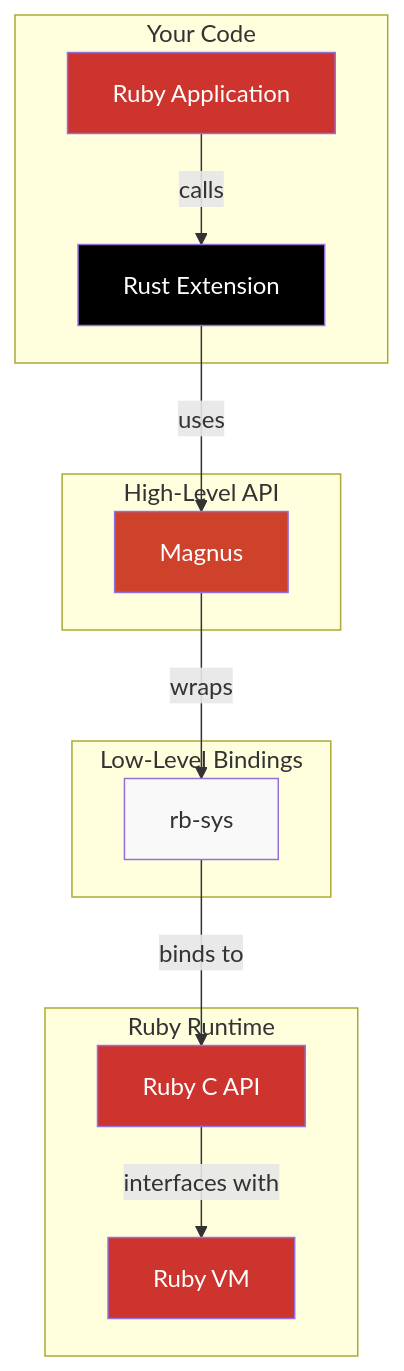
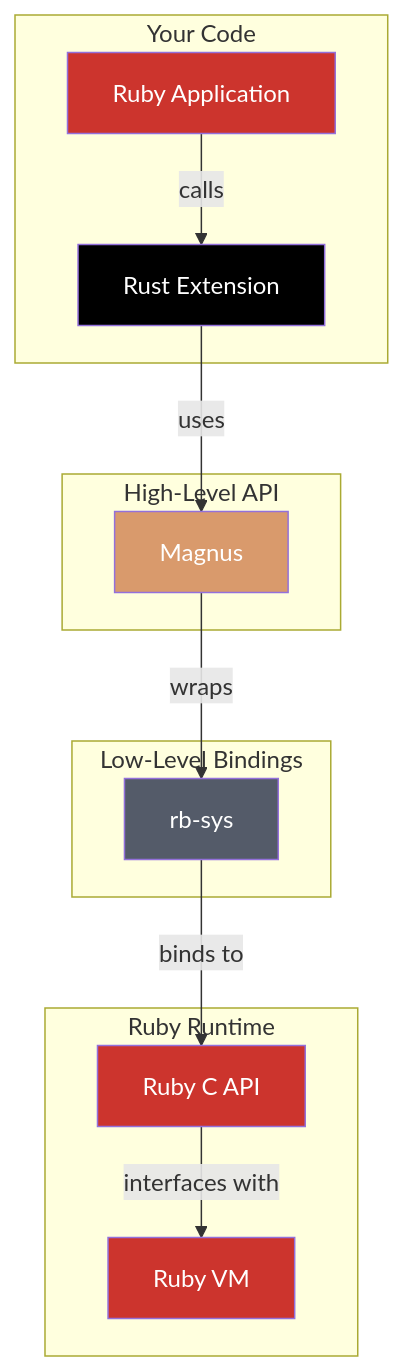
One commit to oxidize-rb/rb-sys changed the first of 2 diagrams in docsite/docs/core-concepts.mdx. Above: the diagram before and after it, drawn with Mermaid. The commit also changed other lines of this file and 17 other files, not shown here.

````diff
--- a/docsite/docs/core-concepts.mdx
+++ b/docsite/docs/core-concepts.mdx
@@ -21,33 +21,33 @@
 ```mermaid
 graph TB
     subgraph "Your Code"
         A[Ruby Application]
         B[Rust Extension]
     end
     
     subgraph "High-Level API"
         C[Magnus]
     end
     
     subgraph "Low-Level Bindings"
         D[rb-sys]
     end
     
     subgraph "Ruby Runtime"
         E[Ruby C API]
         F[Ruby VM]
     end
     
     A -->|calls| B
     B -->|uses| C
     C -->|wraps| D
     D -->|binds to| E
     E -->|interfaces with| F
     
     style A fill:#CC342D,color:#fff
     style B fill:#000,color:#fff
-    style C fill:#CE422B,color:#fff
-    style D fill:#f9f9f9
+    style C fill:#D99A6C,color:#fff
+style D fill:#545B69,color:#fff
     style E fill:#CC342D,color:#fff
     style F fill:#CC342D,color:#fff
 ```
````
